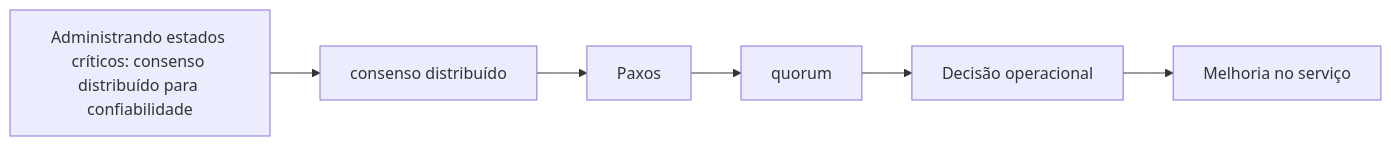
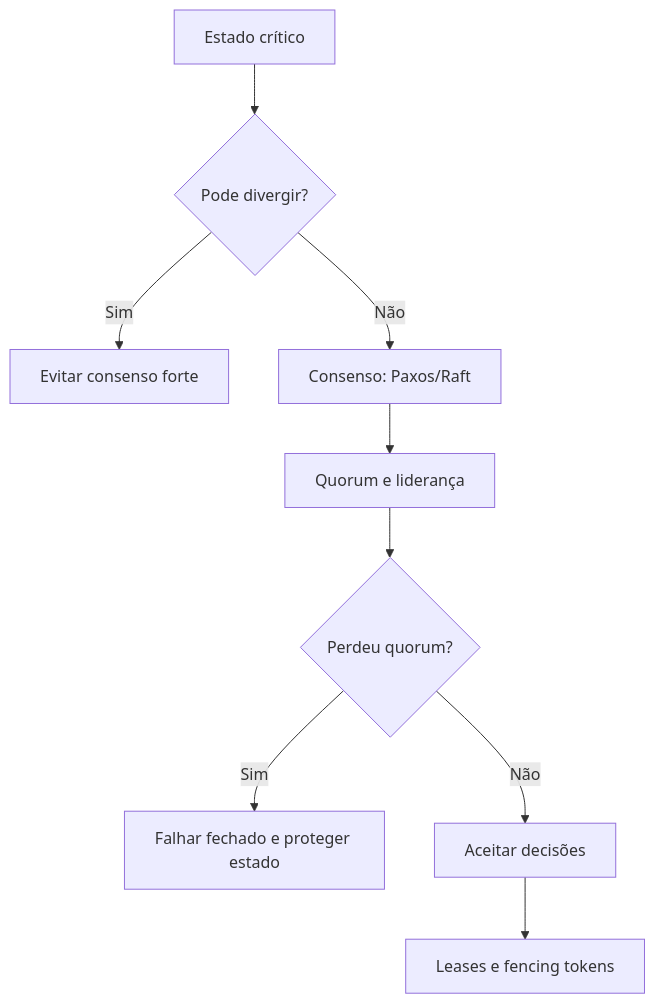
Before and after one commit to rafaelrezo/curso-engenharia-confiabilidade: the diagram in docs/capitulos/capitulo-15.md, drawn with Mermaid. The commit also changed other lines of this file and 31 other files, not shown here.

````diff
--- a/docs/capitulos/capitulo-15.md
+++ b/docs/capitulos/capitulo-15.md
@@ -108,8 +156,11 @@
 ```mermaid
-flowchart LR
-    Tema["Administrando estados críticos: consenso distribuído para confiabilidade"] --> C1["consenso distribuído"]
-    C1 --> C2["Paxos"]
-    C2 --> C3["quorum"]
-    C3 --> Decisao["Decisão operacional"]
-    Decisao --> Acao["Melhoria no serviço"]
+flowchart TD
+    Estado["Estado crítico"] --> Precisa{"Pode divergir?"}
+    Precisa -->|Sim| Simples["Evitar consenso forte"]
+    Precisa -->|Não| Consenso["Consenso: Paxos/Raft"]
+    Consenso --> Quorum["Quorum e liderança"]
+    Quorum --> Falha{"Perdeu quorum?"}
+    Falha -->|Sim| Fechado["Falhar fechado e proteger estado"]
+    Falha -->|Não| Operar["Aceitar decisões"]
+    Operar --> Fencing["Leases e fencing tokens"]
 ```
````
